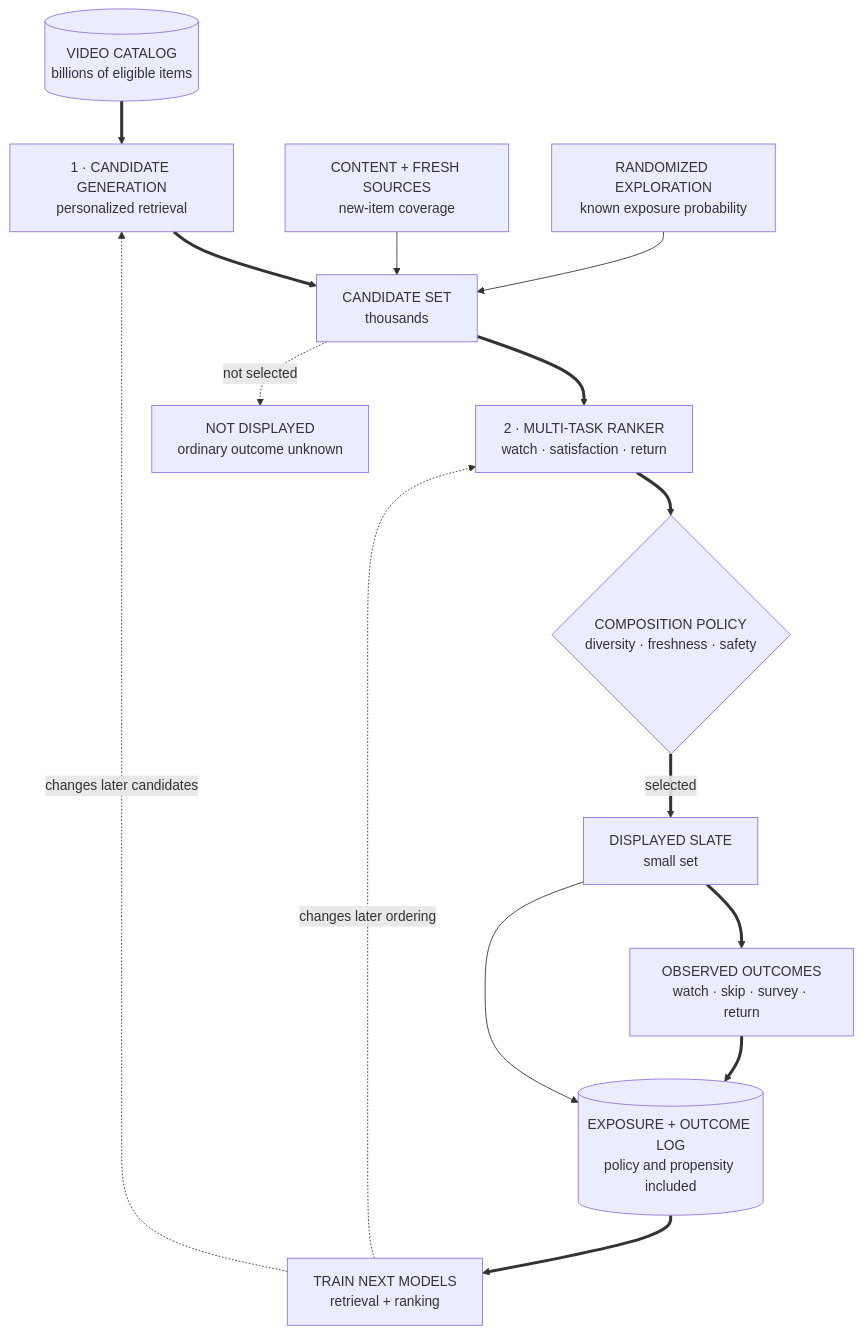
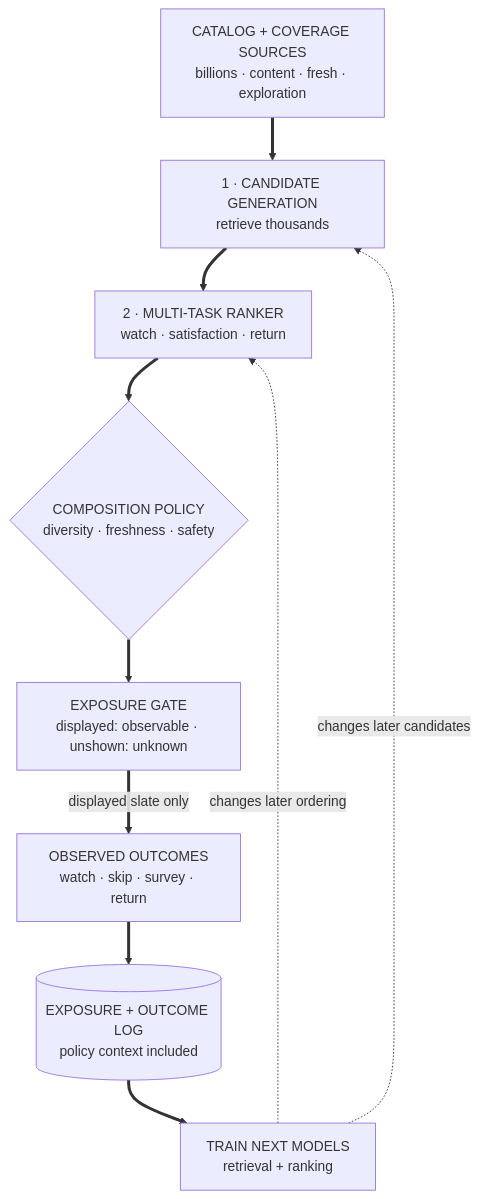
The diagram in src/content/posts/2025-10-20-design-youtube-recommender.md (mlmentorship/mlmentorship.github.io), drawn with Mermaid before and after one commit. The commit also changed other lines of this file and 17 other files, not shown here.

````diff
--- a/src/content/posts/2025-10-20-design-youtube-recommender.md
+++ b/src/content/posts/2025-10-20-design-youtube-recommender.md
@@ -96,40 +96,31 @@
 ```mermaid
 flowchart TB
   accTitle: A two-stage recommender also acts as a selective data-collection policy
-  accDescr: A catalog of billions first enters candidate generation, where personalized retrieval, content and fresh-item sources, and an explicit exploration source produce thousands of candidates. A richer multi-task ranker scores those candidates, and a composition policy applies diversity and safety constraints to create the small displayed slate. Only displayed videos can normally produce observed watches, skips, likes, surveys, and return outcomes; candidates and catalog items that were not displayed have unknown ordinary outcomes rather than negative labels. Logged exposures and outcomes train later retrieval and ranking models, closing a feedback loop. Randomized exploration broadens which items receive exposure and creates support for evaluating alternatives.
-  Catalog[("VIDEO CATALOG<br/>billions of eligible items")]
-  Retrieve["1 · CANDIDATE GENERATION<br/>personalized retrieval"]
-  Content["CONTENT + FRESH SOURCES<br/>new-item coverage"]
-  Explore["RANDOMIZED EXPLORATION<br/>known exposure probability"]
-  Candidates["CANDIDATE SET<br/>thousands"]
+  accDescr: A catalog of billions plus content, fresh-item, and randomized-exploration sources enter candidate generation, producing thousands of candidates. A richer multi-task ranker scores those candidates, and a composition policy applies diversity, freshness, and safety constraints. This creates an exposure gate: the small displayed slate can produce observed outcomes, while unshown outcomes remain unknown rather than negative. Logged exposure-policy context and outcomes train later retrieval and ranking models, closing a feedback loop. Randomized exploration broadens which items receive exposure.
+  Sources["CATALOG + COVERAGE SOURCES<br/>billions · content · fresh · exploration"]
+  Retrieve["1 · CANDIDATE GENERATION<br/>retrieve thousands"]
   Rank["2 · MULTI-TASK RANKER<br/>watch · satisfaction · return"]
   Compose{"COMPOSITION POLICY<br/>diversity · freshness · safety"}
-  Shown["DISPLAYED SLATE<br/>small set"]
-  Hidden["NOT DISPLAYED<br/>ordinary outcome unknown"]
+  Gate["EXPOSURE GATE<br/>displayed: observable · unshown: unknown"]
   Outcomes["OBSERVED OUTCOMES<br/>watch · skip · survey · return"]
-  Logs[("EXPOSURE + OUTCOME LOG<br/>policy and propensity included")]
+  Logs[("EXPOSURE + OUTCOME LOG<br/>policy context included")]
   Train["TRAIN NEXT MODELS<br/>retrieval + ranking"]
 
-  Catalog ==> Retrieve
-  Content --> Candidates
-  Explore --> Candidates
-  Retrieve ==> Candidates
-  Candidates ==> Rank
+  Sources ==> Retrieve
+  Retrieve ==> Rank
   Rank ==> Compose
-  Compose ==>|"selected"| Shown
-  Candidates -.->|"not selected"| Hidden
-  Shown ==> Outcomes
+  Compose ==> Gate
+  Gate ==>|"displayed slate only"| Outcomes
   Outcomes ==> Logs
-  Shown --> Logs
   Logs ==> Train
   Train -.->|"changes later candidates"| Retrieve
   Train -.->|"changes later ordering"| Rank
 
-  class Catalog,Logs viz-state
+  class Logs viz-state
   class Retrieve,Rank,Compose viz-focus
-  class Content,Explore viz-input
-  class Candidates,Train viz-neutral
-  class Shown,Outcomes viz-output
-  class Hidden viz-warning
-  class Catalog viz-tall
+  class Sources viz-input
+  class Train viz-neutral
+  class Outcomes viz-output
+  class Gate viz-warning
+  class Sources viz-tall
 ```
````
